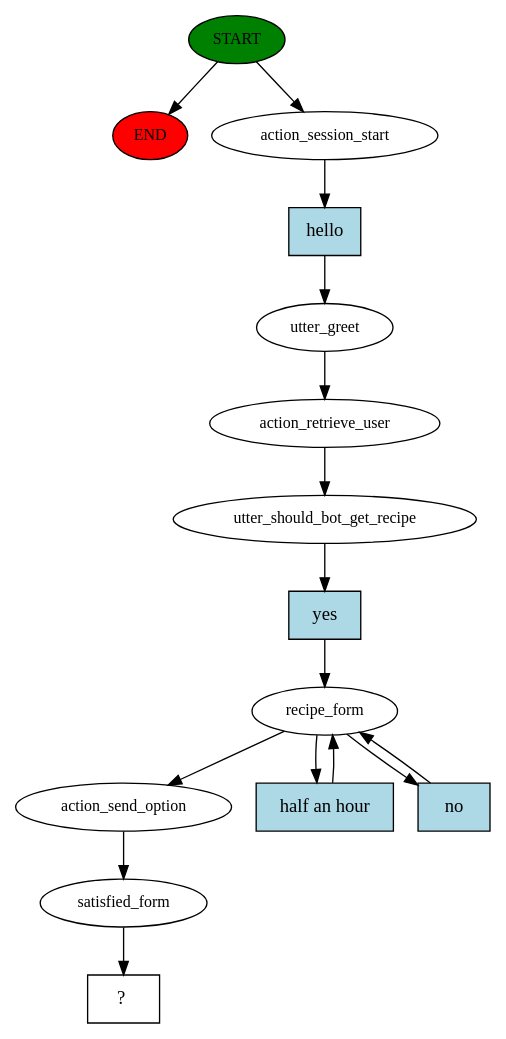
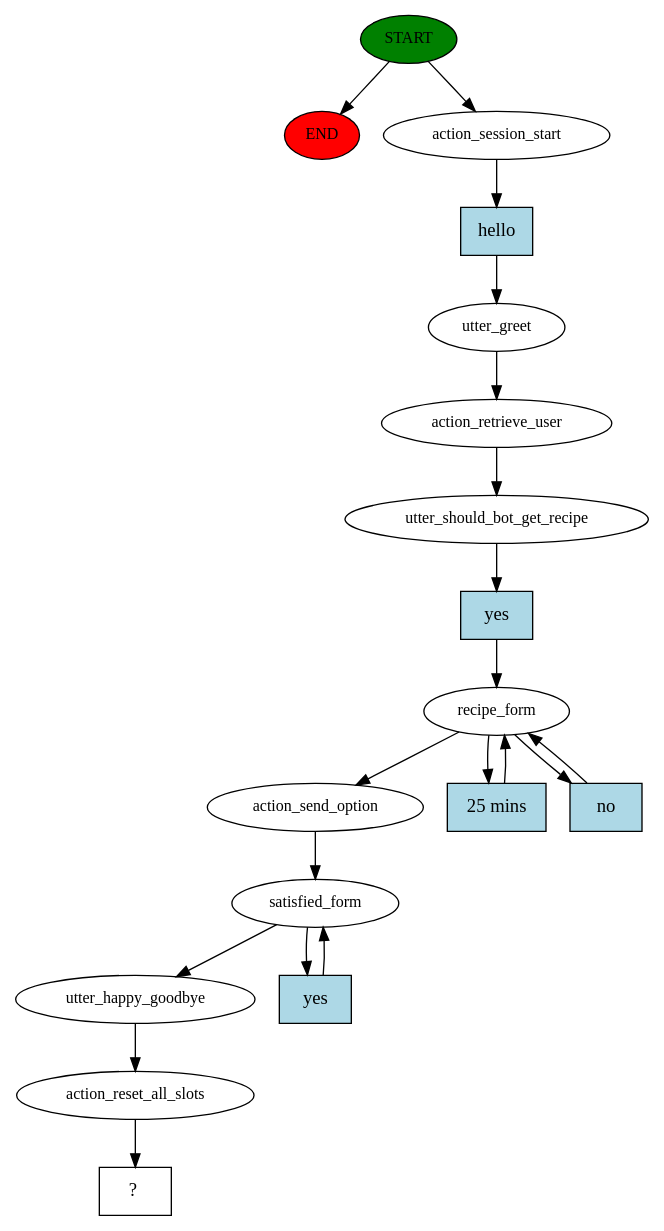
Before and after one commit to erees1/chefbot: the diagram in bot/story_graph.dot, drawn with Graphviz. The commit also changed 8 other files, not shown here.

```diff
--- a/bot/story_graph.dot
+++ b/bot/story_graph.dot
@@ -1,31 +1,38 @@
 digraph  {
 0 [class="start active", fillcolor=green, fontsize=12, label=START, style=filled];
 "-1" [class=end, fillcolor=red, fontsize=12, label=END, style=filled];
 1 [class=active, fontsize=12, label=action_session_start];
 2 [class=active, fontsize=12, label=utter_greet];
 3 [class=active, fontsize=12, label=action_retrieve_user];
 4 [class=active, fontsize=12, label=utter_should_bot_get_recipe];
 5 [class=active, fontsize=12, label=recipe_form];
 9 [class=active, fontsize=12, label=action_send_option];
 10 [class=active, fontsize=12, label=satisfied_form];
-11 [class="intent dashed active", label="  ?  ", shape=rect];
-12 [class="intent active", fillcolor=lightblue, label=hello, shape=rect, style=filled];
-13 [class="intent active", fillcolor=lightblue, label=yes, shape=rect, style=filled];
-14 [class="intent active", fillcolor=lightblue, label="half an hour", shape=rect, style=filled];
-15 [class="intent active", fillcolor=lightblue, label=no, shape=rect, style=filled];
+12 [class=active, fontsize=12, label=utter_happy_goodbye];
+13 [class=active, fontsize=12, label=action_reset_all_slots];
+14 [class="intent dashed active", label="  ?  ", shape=rect];
+15 [class="intent active", fillcolor=lightblue, label=hello, shape=rect, style=filled];
+16 [class="intent active", fillcolor=lightblue, label=yes, shape=rect, style=filled];
+17 [class="intent active", fillcolor=lightblue, label="25 mins", shape=rect, style=filled];
+18 [class="intent active", fillcolor=lightblue, label=no, shape=rect, style=filled];
+19 [class="intent active", fillcolor=lightblue, label=yes, shape=rect, style=filled];
 0 -> "-1"  [class="", key=NONE, label=""];
 0 -> 1  [class=active, key=NONE, label=""];
-1 -> 12  [class=active, key=0];
+1 -> 15  [class=active, key=0];
 2 -> 3  [class=active, key=NONE, label=""];
 3 -> 4  [class=active, key=NONE, label=""];
-4 -> 13  [class=active, key=0];
+4 -> 16  [class=active, key=0];
 5 -> 9  [class=active, key=NONE, label=""];
-5 -> 14  [class=active, key=0];
-5 -> 15  [class=active, key=0];
+5 -> 17  [class=active, key=0];
+5 -> 18  [class=active, key=0];
 9 -> 10  [class=active, key=NONE, label=""];
-10 -> 11  [class=active, key=NONE, label=""];
-12 -> 2  [class=active, key=0];
-13 -> 5  [class=active, key=0];
-14 -> 5  [class=active, key=0];
-15 -> 5  [class=active, key=0];
+10 -> 12  [class=active, key=NONE, label=""];
+10 -> 19  [class=active, key=0];
+12 -> 13  [class=active, key=NONE, label=""];
+13 -> 14  [class=active, key=NONE, label=""];
+15 -> 2  [class=active, key=0];
+16 -> 5  [class=active, key=0];
+17 -> 5  [class=active, key=0];
+18 -> 5  [class=active, key=0];
+19 -> 10  [class=active, key=0];
 }
```
